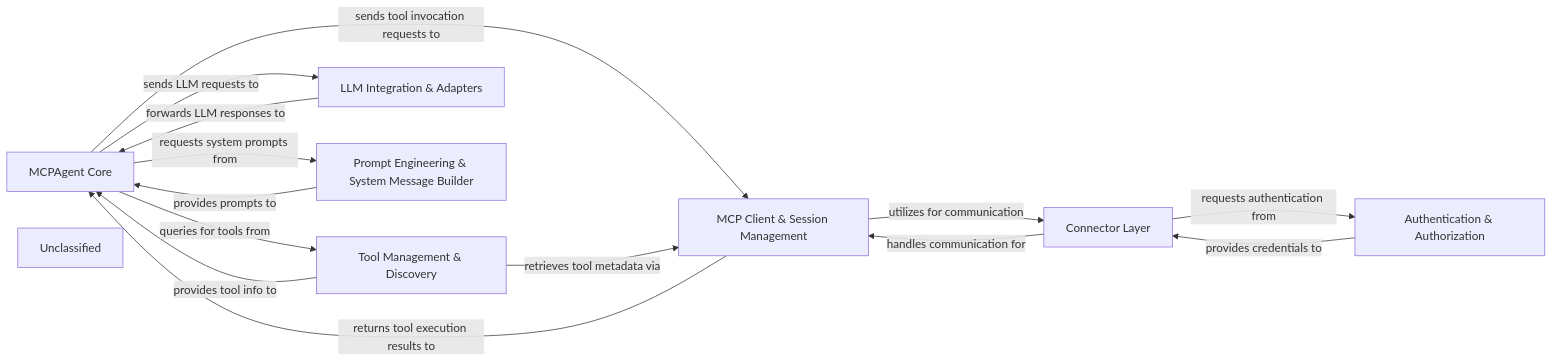
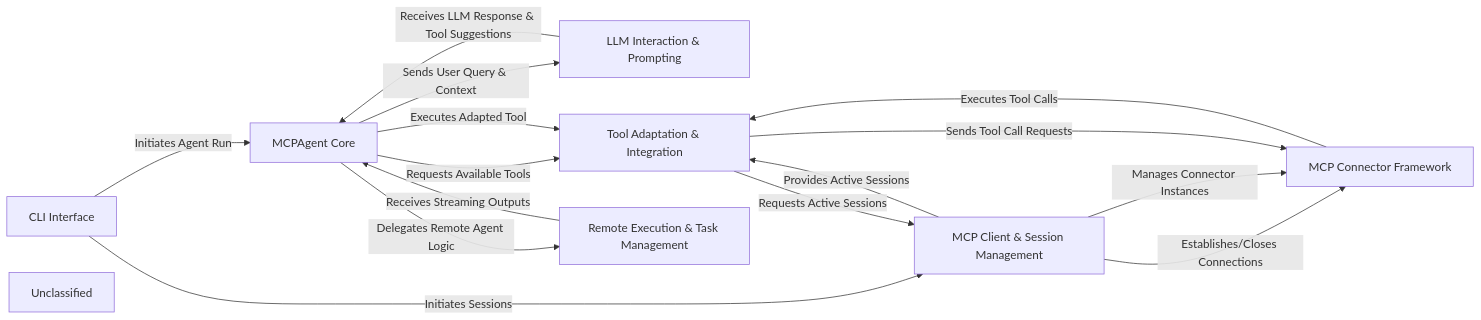
Before and after one commit to mcp-use/mcp-use: the diagram in .codeboarding/overview.mdx, drawn with Mermaid. The commit also changed other lines of this file and 19 other files, not shown here.

First line of the commit message:
docs: update codeboarding documentation and generate architecture

````diff
--- a/.codeboarding/overview.mdx
+++ b/.codeboarding/overview.mdx
@@ -2,31 +2,26 @@
 ```mermaid
 graph LR
+    CLI_Interface["CLI Interface"]
     MCPAgent_Core["MCPAgent Core"]
+    LLM_Interaction_Prompting["LLM Interaction & Prompting"]
     MCP_Client_Session_Management["MCP Client & Session Management"]
-    Tool_Management_Discovery["Tool Management & Discovery"]
-    LLM_Integration_Adapters["LLM Integration & Adapters"]
-    Connector_Layer["Connector Layer"]
-    Authentication_Authorization["Authentication & Authorization"]
-    Prompt_Engineering_System_Message_Builder["Prompt Engineering & System Message Builder"]
+    MCP_Connector_Framework["MCP Connector Framework"]
+    Tool_Adaptation_Integration["Tool Adaptation & Integration"]
+    Remote_Execution_Task_Management["Remote Execution & Task Management"]
     Unclassified["Unclassified"]
-    MCPAgent_Core -- "requests system prompts from" --> Prompt_Engineering_System_Message_Builder
-    Prompt_Engineering_System_Message_Builder -- "provides prompts to" --> MCPAgent_Core
-    MCPAgent_Core -- "sends LLM requests to" --> LLM_Integration_Adapters
-    LLM_Integration_Adapters -- "forwards LLM responses to" --> MCPAgent_Core
-    MCPAgent_Core -- "queries for tools from" --> Tool_Management_Discovery
-    Tool_Management_Discovery -- "provides tool info to" --> MCPAgent_Core
-    MCPAgent_Core -- "sends tool invocation requests to" --> MCP_Client_Session_Management
-    MCP_Client_Session_Management -- "returns tool execution results to" --> MCPAgent_Core
-    MCP_Client_Session_Management -- "utilizes for communication" --> Connector_Layer
-    Connector_Layer -- "handles communication for" --> MCP_Client_Session_Management
-    Connector_Layer -- "requests authentication from" --> Authentication_Authorization
-    Authentication_Authorization -- "provides credentials to" --> Connector_Layer
-    Tool_Management_Discovery -- "retrieves tool metadata via" --> MCP_Client_Session_Management
-    click MCPAgent_Core href "/codeboarding/MCPAgent_Core.md" "Details"
-    click MCP_Client_Session_Management href "/codeboarding/MCP_Client_Session_Management.md" "Details"
-    click Tool_Management_Discovery href "/codeboarding/Tool_Management_Discovery.md" "Details"
-    click LLM_Integration_Adapters href "/codeboarding/LLM_Integration_Adapters.md" "Details"
-    click Connector_Layer href "/codeboarding/Connector_Layer.md" "Details"
-    click Authentication_Authorization href "/codeboarding/Authentication_Authorization.md" "Details"
-    click Prompt_Engineering_System_Message_Builder href "/codeboarding/Prompt_Engineering_System_Message_Builder.md" "Details"
+    CLI_Interface -- "Initiates Agent Run" --> MCPAgent_Core
+    CLI_Interface -- "Initiates Sessions" --> MCP_Client_Session_Management
+    MCPAgent_Core -- "Sends User Query & Context" --> LLM_Interaction_Prompting
+    LLM_Interaction_Prompting -- "Receives LLM Response & Tool Suggestions" --> MCPAgent_Core
+    MCPAgent_Core -- "Requests Available Tools" --> Tool_Adaptation_Integration
+    MCPAgent_Core -- "Executes Adapted Tool" --> Tool_Adaptation_Integration
+    Tool_Adaptation_Integration -- "Requests Active Sessions" --> MCP_Client_Session_Management
+    MCP_Client_Session_Management -- "Provides Active Sessions" --> Tool_Adaptation_Integration
+    MCP_Client_Session_Management -- "Establishes/Closes Connections" --> MCP_Connector_Framework
+    MCP_Client_Session_Management -- "Manages Connector Instances" --> MCP_Connector_Framework
+    Tool_Adaptation_Integration -- "Sends Tool Call Requests" --> MCP_Connector_Framework
+    MCP_Connector_Framework -- "Executes Tool Calls" --> Tool_Adaptation_Integration
+    MCPAgent_Core -- "Delegates Remote Agent Logic" --> Remote_Execution_Task_Management
+    Remote_Execution_Task_Management -- "Receives Streaming Outputs" --> MCPAgent_Core
+    click Tool_Adaptation_Integration href "/codeboarding/Tool_Adaptation_Integration.md" "Details"
 ```
````
